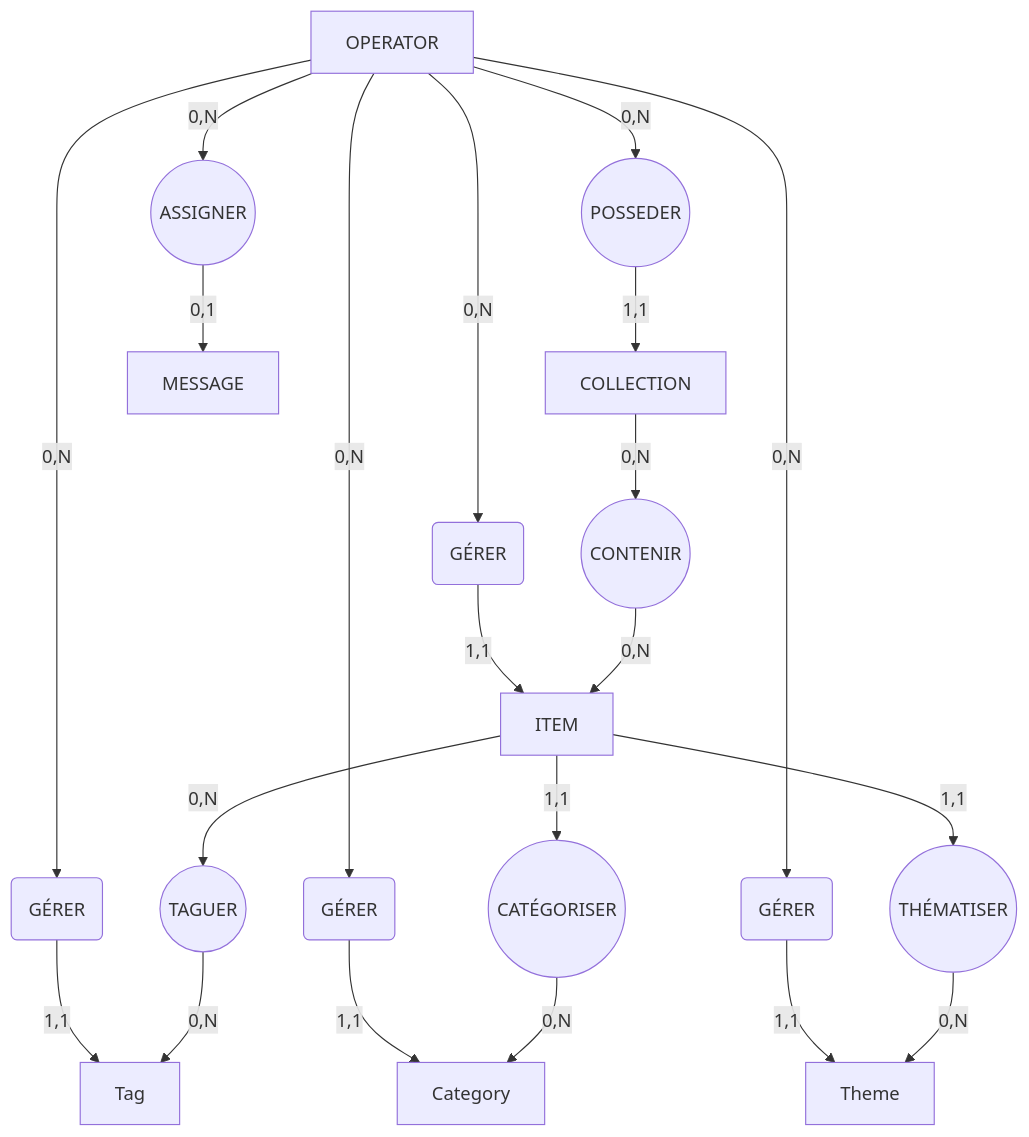
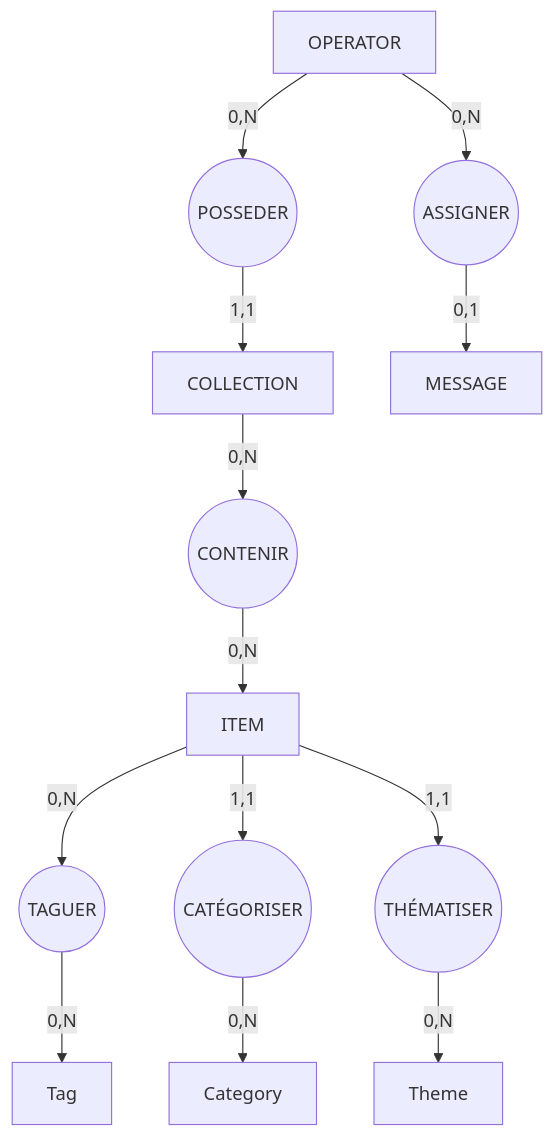
Before and after one commit to EFP-DEV/1-X75-Atelier: the diagram in assets/MCD.mermaid, drawn with Mermaid.

```diff
--- a/assets/MCD.mermaid
+++ b/assets/MCD.mermaid
@@ -1,50 +1,33 @@
 graph TD
     OPERATOR["OPERATOR"]
     ITEM["ITEM"]
     TAG["Tag"]
     CATEGORY["Category"]
     THEME["Theme"]
     COLLECTION["COLLECTION"]
     MESSAGE["MESSAGE"]
 
     POSSEDER(("POSSEDER"))
     ASSIGNER(("ASSIGNER"))
     TAGUER(("TAGUER"))
     CONTENIR(("CONTENIR"))
-    GERER_ITEM("GÉRER")
-    GERER_TAG("GÉRER")
-    GERER_CAT("GÉRER")
-    GERER_THEME("GÉRER")
     CATEGORISER(("CATÉGORISER"))
     THEMATISER(("THÉMATISER"))
-
-    OPERATOR -->|"0,N"| GERER_ITEM
-    GERER_ITEM -->|"1,1"| ITEM
-
-    OPERATOR -->|"0,N"| GERER_CAT
-    GERER_CAT -->|"1,1"| CATEGORY
-
-    OPERATOR -->|"0,N"| GERER_THEME
-    GERER_THEME -->|"1,1"| THEME
-
-
-    OPERATOR -->|"0,N"| GERER_TAG
-    GERER_TAG -->|"1,1"| TAG
 
     OPERATOR -->|"0,N"| POSSEDER
     POSSEDER -->|"1,1"| COLLECTION
 
     OPERATOR -->|"0,N"| ASSIGNER
     ASSIGNER -->|"0,1"| MESSAGE
 
     ITEM     -->|"0,N"| TAGUER
     TAGUER   -->|"0,N"| TAG
 
     COLLECTION -->|"0,N"| CONTENIR
     CONTENIR   -->|"0,N"| ITEM
 
     ITEM -->|"1,1"| CATEGORISER
     CATEGORISER -->|"0,N"| CATEGORY
 
     ITEM -->|"1,1"| THEMATISER
     THEMATISER -->|"0,N"| THEME
```
